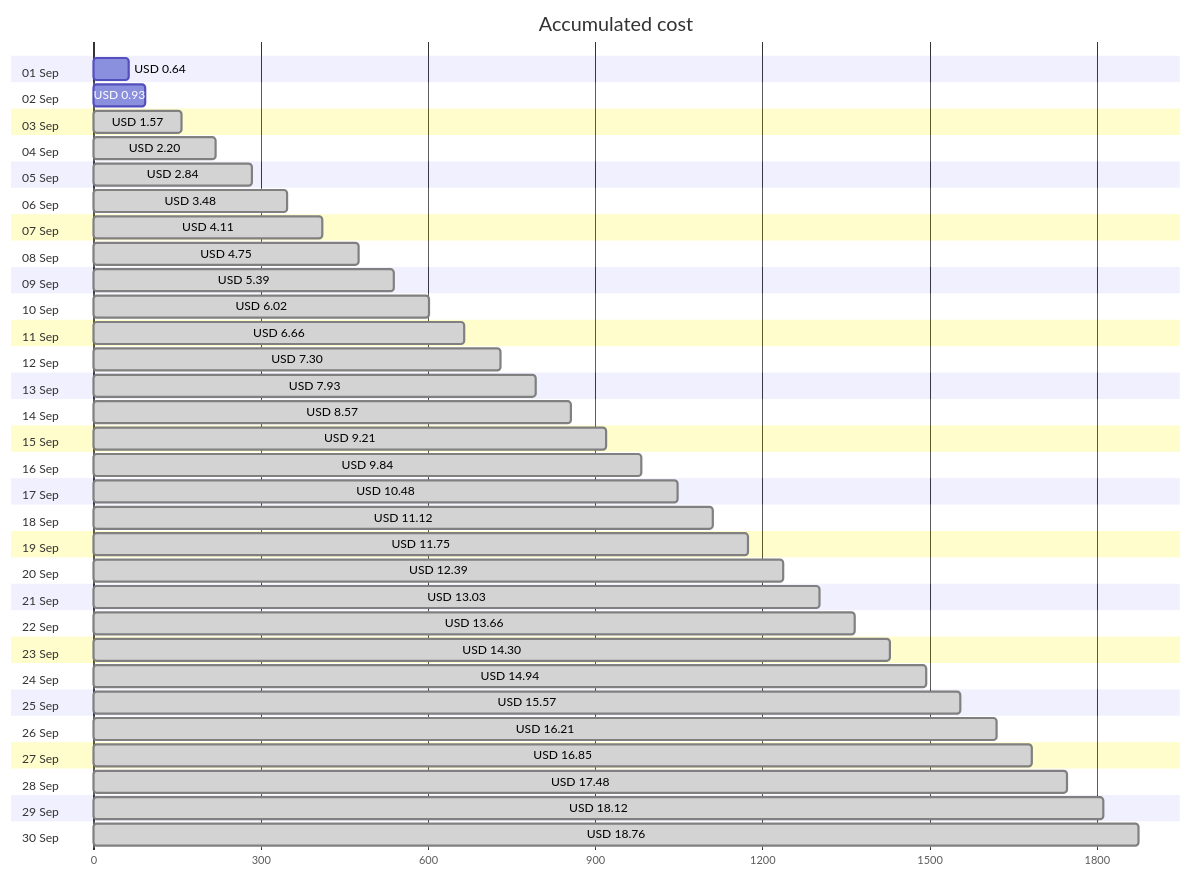
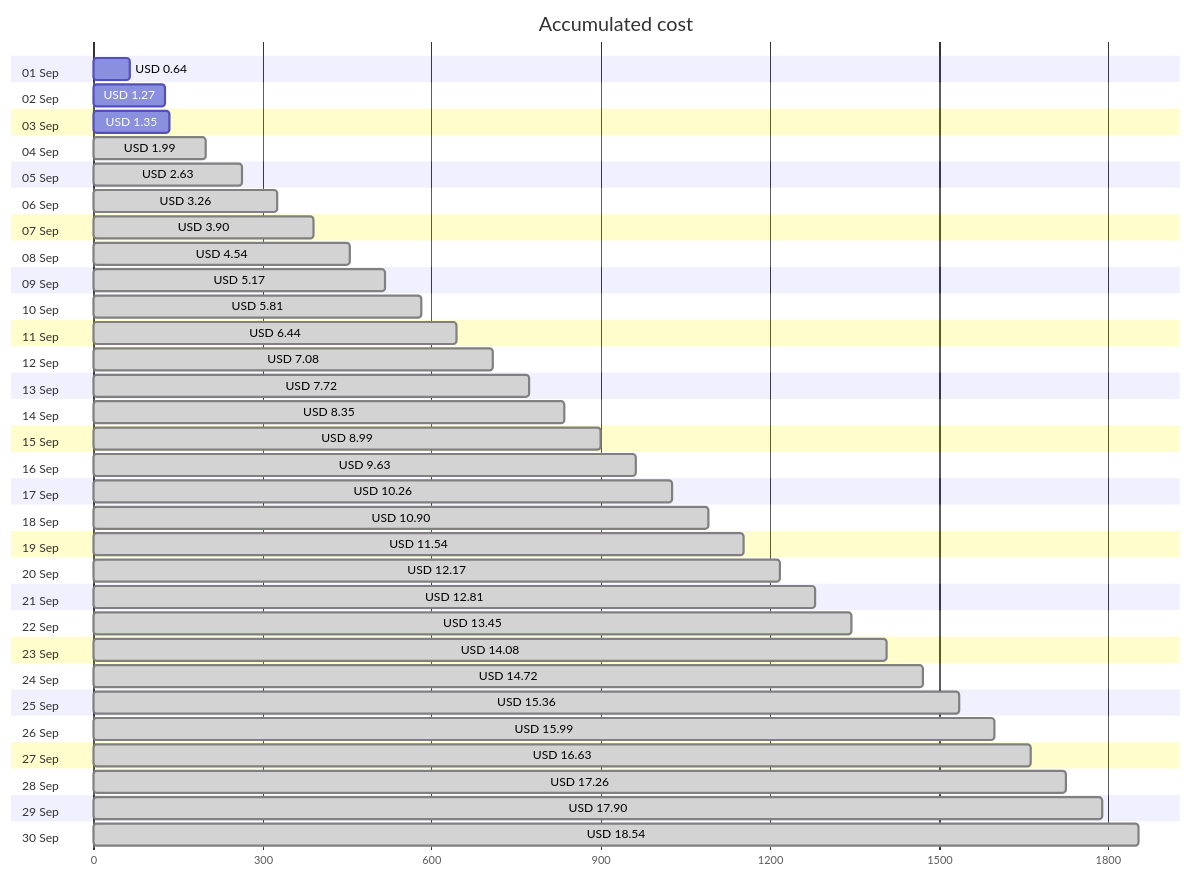
Before and after one commit to jpfulton/azure-personal-reports: the first of 4 diagrams in cost-reports/accumulated-cost.md, drawn with Mermaid. The commit also changed other lines of this file and 4 other files, not shown here.

````diff
--- a/cost-reports/accumulated-cost.md
+++ b/cost-reports/accumulated-cost.md
@@ -20,66 +20,66 @@
 ```mermaid
 gantt
    title Accumulated cost
    dateFormat  X
    axisFormat %s
    section 01 Sep
    USD 0.64 :0, 64
    section 02 Sep
-   USD 0.93 :0, 93
+   USD 1.27 :0, 127
    section 03 Sep
-   USD 1.57 : done, 0, 157
+   USD 1.35 :0, 135
    section 04 Sep
-   USD 2.20 : done, 0, 220
+   USD 1.99 : done, 0, 199
    section 05 Sep
-   USD 2.84 : done, 0, 284
+   USD 2.63 : done, 0, 263
    section 06 Sep
-   USD 3.48 : done, 0, 348
+   USD 3.26 : done, 0, 326
    section 07 Sep
-   USD 4.11 : done, 0, 411
+   USD 3.90 : done, 0, 390
    section 08 Sep
-   USD 4.75 : done, 0, 475
+   USD 4.54 : done, 0, 454
    section 09 Sep
-   USD 5.39 : done, 0, 539
+   USD 5.17 : done, 0, 517
    section 10 Sep
-   USD 6.02 : done, 0, 602
+   USD 5.81 : done, 0, 581
    section 11 Sep
-   USD 6.66 : done, 0, 666
+   USD 6.44 : done, 0, 644
    section 12 Sep
-   USD 7.30 : done, 0, 730
+   USD 7.08 : done, 0, 708
    section 13 Sep
-   USD 7.93 : done, 0, 793
+   USD 7.72 : done, 0, 772
    section 14 Sep
-   USD 8.57 : done, 0, 857
+   USD 8.35 : done, 0, 835
    section 15 Sep
-   USD 9.21 : done, 0, 921
+   USD 8.99 : done, 0, 899
    section 16 Sep
-   USD 9.84 : done, 0, 984
+   USD 9.63 : done, 0, 963
    section 17 Sep
-   USD 10.48 : done, 0, 1048
+   USD 10.26 : done, 0, 1026
    section 18 Sep
-   USD 11.12 : done, 0, 1112
+   USD 10.90 : done, 0, 1090
    section 19 Sep
-   USD 11.75 : done, 0, 1175
+   USD 11.54 : done, 0, 1154
    section 20 Sep
-   USD 12.39 : done, 0, 1239
+   USD 12.17 : done, 0, 1217
    section 21 Sep
-   USD 13.03 : done, 0, 1303
+   USD 12.81 : done, 0, 1281
    section 22 Sep
-   USD 13.66 : done, 0, 1366
+   USD 13.45 : done, 0, 1345
    section 23 Sep
-   USD 14.30 : done, 0, 1430
+   USD 14.08 : done, 0, 1408
    section 24 Sep
-   USD 14.94 : done, 0, 1494
+   USD 14.72 : done, 0, 1472
    section 25 Sep
-   USD 15.57 : done, 0, 1557
+   USD 15.36 : done, 0, 1536
    section 26 Sep
-   USD 16.21 : done, 0, 1621
+   USD 15.99 : done, 0, 1599
    section 27 Sep
-   USD 16.85 : done, 0, 1685
+   USD 16.63 : done, 0, 1663
    section 28 Sep
-   USD 17.48 : done, 0, 1748
+   USD 17.26 : done, 0, 1726
    section 29 Sep
-   USD 18.12 : done, 0, 1812
+   USD 17.90 : done, 0, 1790
    section 30 Sep
-   USD 18.76 : done, 0, 1876
+   USD 18.54 : done, 0, 1854
 ```
````
